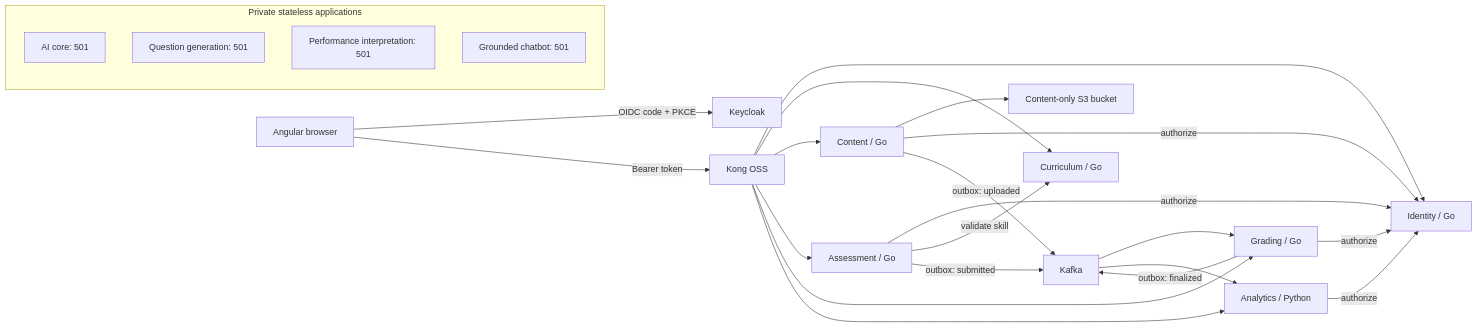
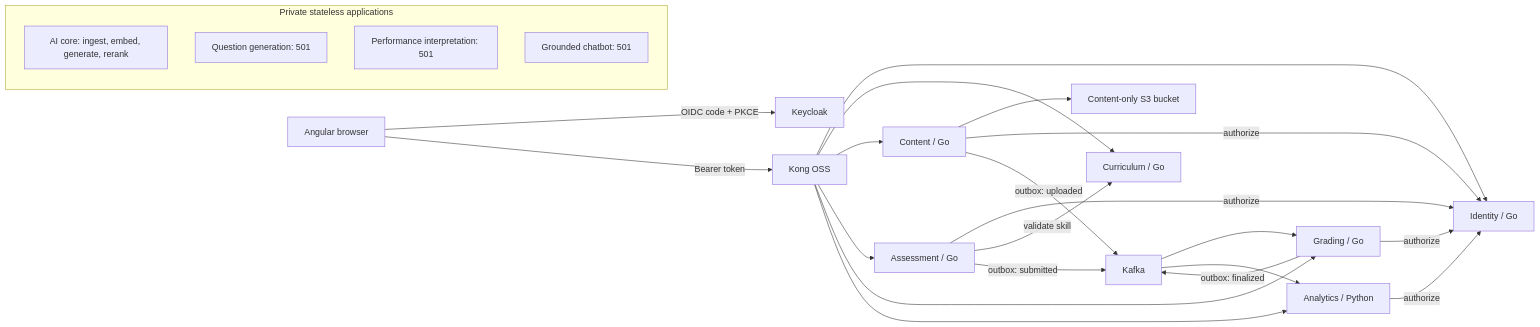
One commit to Naren3333/FSD_2026 changed the first of 2 diagrams in docs/architecture/system.md. Above: the diagram before and after it, drawn with Mermaid. The commit also changed other lines of this file and 44 other files, not shown here.

First line of the commit message:
Add PDF ingest, model calls and reranking to ai-core

````diff
--- a/docs/architecture/system.md
+++ b/docs/architecture/system.md
@@ -3,28 +3,28 @@
 ```mermaid
 flowchart LR
   Browser[Angular browser] -->|OIDC code + PKCE| Keycloak
   Browser -->|Bearer token| Kong[Kong OSS]
   Kong --> Identity[Identity / Go]
   Kong --> Curriculum[Curriculum / Go]
   Kong --> Content[Content / Go]
   Kong --> Assessment[Assessment / Go]
   Kong --> Grading[Grading / Go]
   Kong --> Analytics[Analytics / Python]
   Content --> S3[Content-only S3 bucket]
   Content -->|authorize| Identity
   Assessment -->|authorize| Identity
   Assessment -->|validate skill| Curriculum
   Grading -->|authorize| Identity
   Analytics -->|authorize| Identity
   Assessment -->|outbox: submitted| Kafka
   Kafka --> Grading
   Grading -->|outbox: finalized| Kafka
   Kafka --> Analytics
   Content -->|outbox: uploaded| Kafka
   subgraph Private stateless applications
-    AI[AI core: 501]
+    AI[AI core: ingest, embed, generate, rerank]
     QG[Question generation: 501]
     SP[Performance interpretation: 501]
     QC[Grounded chatbot: 501]
   end
 ```
````
